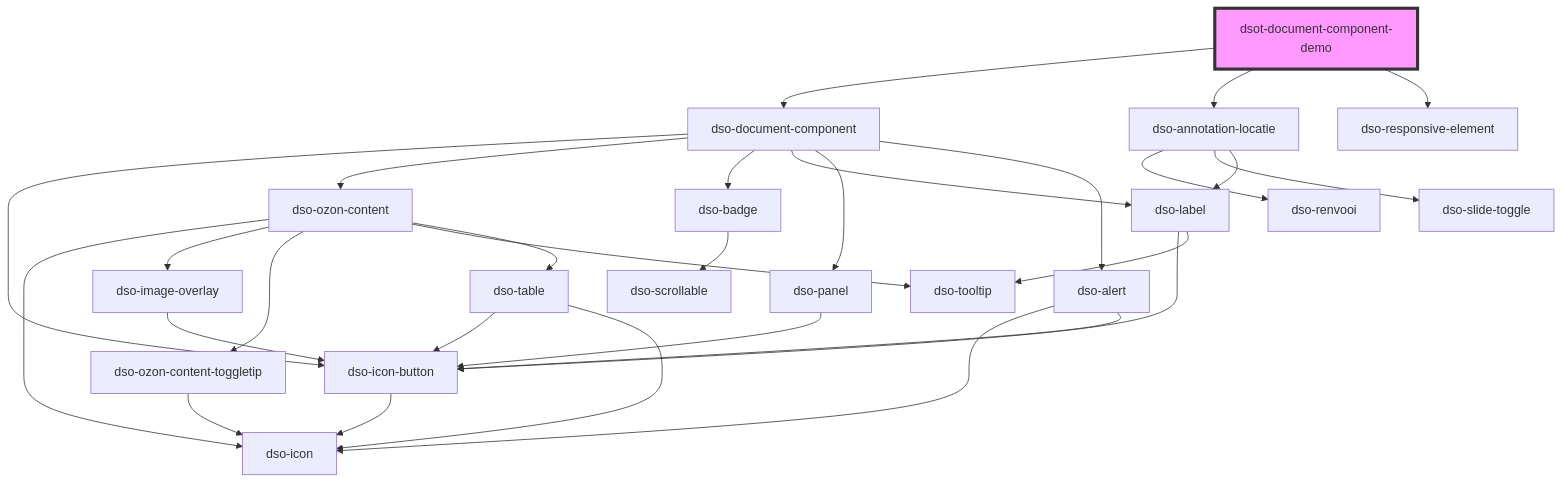
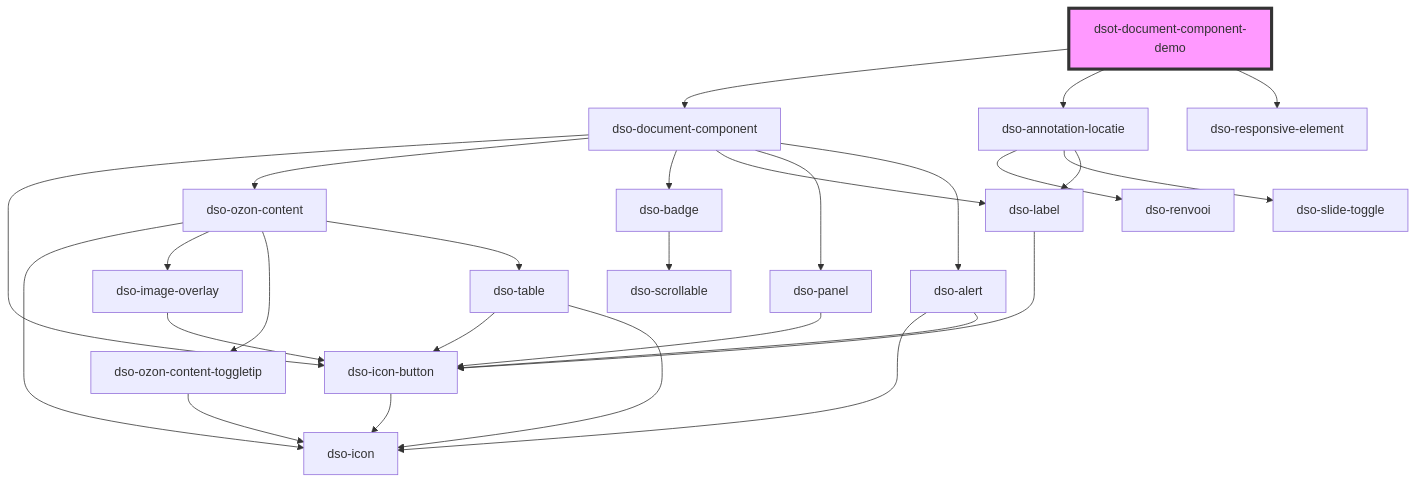
The diagram in packages/core/src/components/document-component-demo/readme.md (dso-toolkit/dso-toolkit), drawn with Mermaid before and after one commit. The commit also changed 34 other files, not shown here.

````diff
--- a/packages/core/src/components/document-component-demo/readme.md
+++ b/packages/core/src/components/document-component-demo/readme.md
@@ -38,32 +38,30 @@
 ```mermaid
 graph TD;
   dsot-document-component-demo --> dso-document-component
   dsot-document-component-demo --> dso-annotation-locatie
   dsot-document-component-demo --> dso-responsive-element
   dso-document-component --> dso-icon-button
   dso-document-component --> dso-ozon-content
   dso-document-component --> dso-badge
   dso-document-component --> dso-label
   dso-document-component --> dso-panel
   dso-document-component --> dso-alert
   dso-icon-button --> dso-icon
   dso-ozon-content --> dso-icon
   dso-ozon-content --> dso-image-overlay
   dso-ozon-content --> dso-ozon-content-toggletip
-  dso-ozon-content --> dso-tooltip
   dso-ozon-content --> dso-table
   dso-image-overlay --> dso-icon-button
   dso-ozon-content-toggletip --> dso-icon
   dso-table --> dso-icon-button
   dso-table --> dso-icon
   dso-badge --> dso-scrollable
   dso-label --> dso-icon-button
-  dso-label --> dso-tooltip
   dso-panel --> dso-icon-button
   dso-alert --> dso-icon
   dso-alert --> dso-icon-button
   dso-annotation-locatie --> dso-renvooi
   dso-annotation-locatie --> dso-slide-toggle
   dso-annotation-locatie --> dso-label
   style dsot-document-component-demo fill:#f9f,stroke:#333,stroke-width:4px
 ```
````
